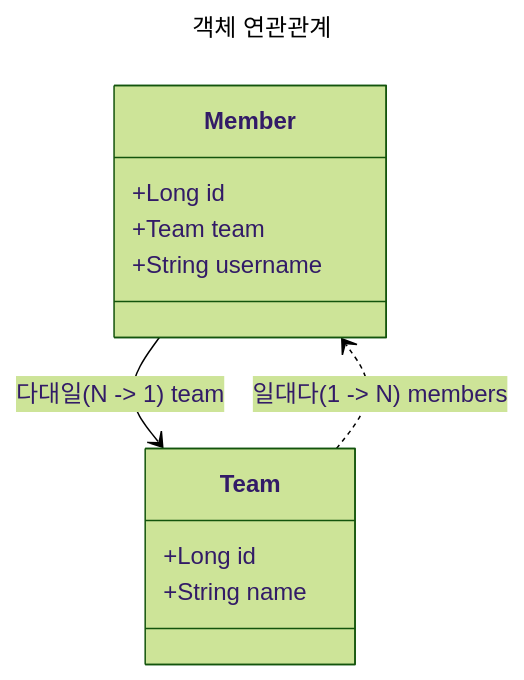
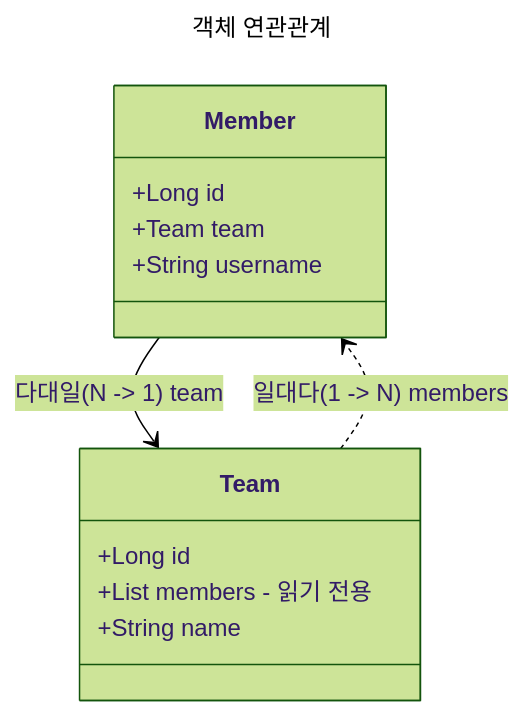
One commit to mrpark219/deep-dive changed the third of 8 diagrams in JPA/jpa-relationship-mapping.md. Above: the diagram before and after it, drawn with Mermaid (forest theme). The commit also changed other lines of this file, not shown here.

````diff
--- a/JPA/jpa-relationship-mapping.md
+++ b/JPA/jpa-relationship-mapping.md
@@ -92,19 +92,20 @@
 ```mermaid
 ---
 title: 객체 연관관계
 ---
 classDiagram
     class Member {
         +Long id
         +Team team
         +String username
     }
 
     class Team {
         +Long id
+        +List members - 읽기 전용
         +String name
     }
 
     Member --> Team : 다대일(N -> 1) team
     Team ..> Member : 일대다(1 -> N) members
 ```
````
